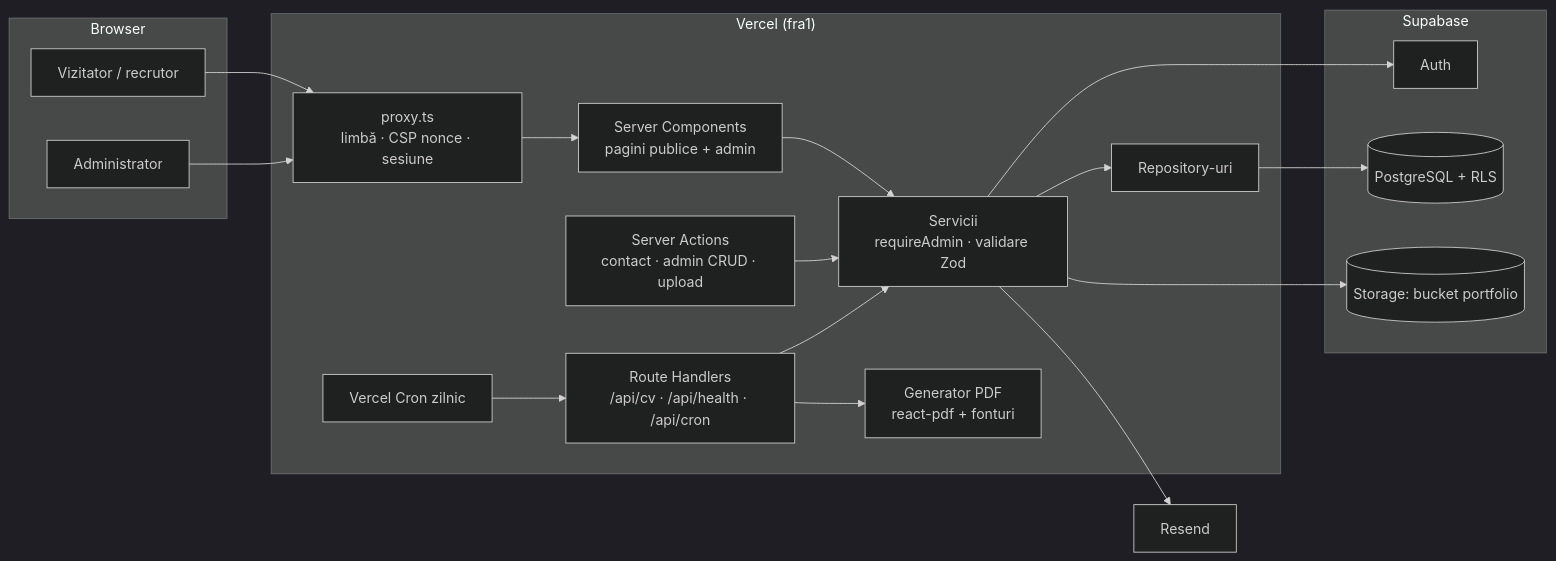
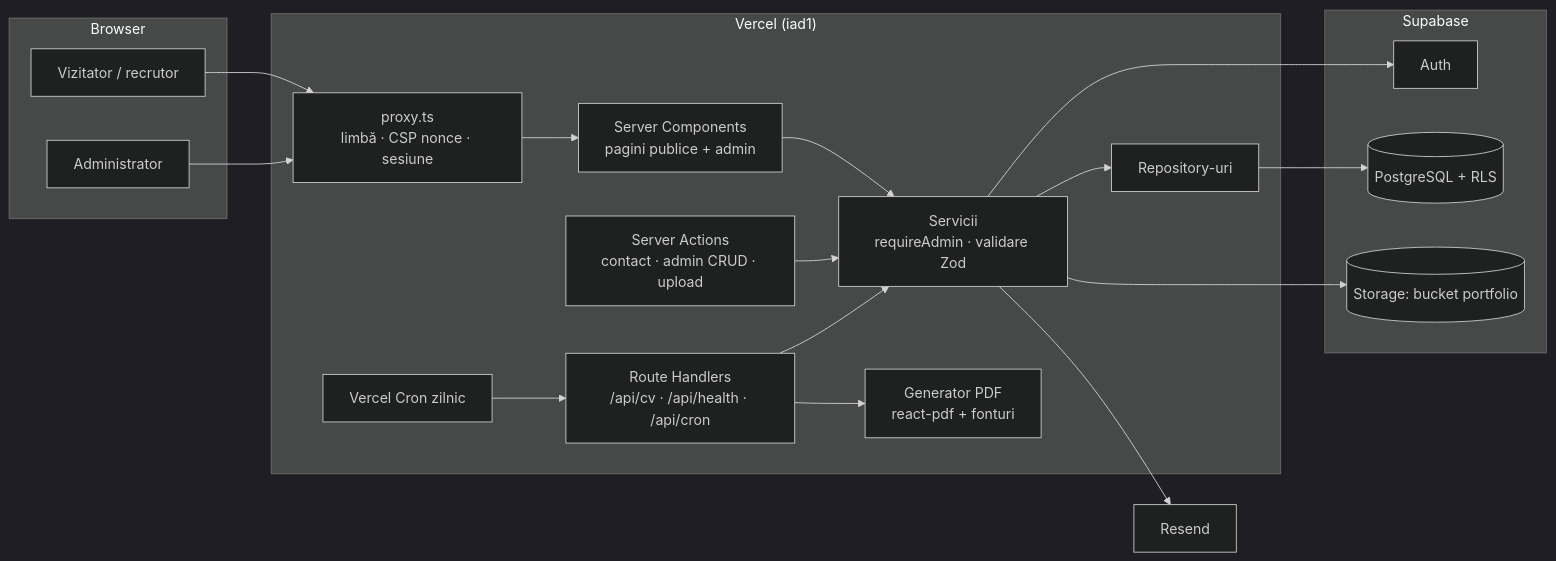
One commit to CiupituStefan/curriculum-vitae changed the first of 3 diagrams in docs/ARCHITECTURE.md. Above: the diagram before and after it, drawn with Mermaid (dark theme). The commit also changed 3 other files, not shown here.

First line of the commit message:
chore: run Vercel functions in iad1, next to the Supabase database

````diff
--- a/docs/ARCHITECTURE.md
+++ b/docs/ARCHITECTURE.md
@@ -51,34 +51,34 @@
 ```mermaid
 flowchart LR
   subgraph Browser
     V[Vizitator / recrutor]
     A[Administrator]
   end
-  subgraph Vercel["Vercel (fra1)"]
+  subgraph Vercel["Vercel (iad1)"]
     P[proxy.ts<br/>limbă · CSP nonce · sesiune]
     RSC[Server Components<br/>pagini publice + admin]
     SA[Server Actions<br/>contact · admin CRUD · upload]
     RH[Route Handlers<br/>/api/cv · /api/health · /api/cron]
     SVC[Servicii<br/>requireAdmin · validare Zod]
     REPO[Repository-uri]
     PDF[Generator PDF<br/>react-pdf + fonturi]
     CRON[Vercel Cron zilnic]
   end
   subgraph Supabase
     AUTH[Auth]
     DB[(PostgreSQL + RLS)]
     ST[(Storage: bucket portfolio)]
   end
   RS[Resend]
   V --> P --> RSC
   A --> P
   RSC --> SVC
   SA --> SVC
   RH --> SVC
   RH --> PDF
   SVC --> REPO --> DB
   SVC --> ST
   SVC --> AUTH
   SVC --> RS
   CRON --> RH
 ```
````
